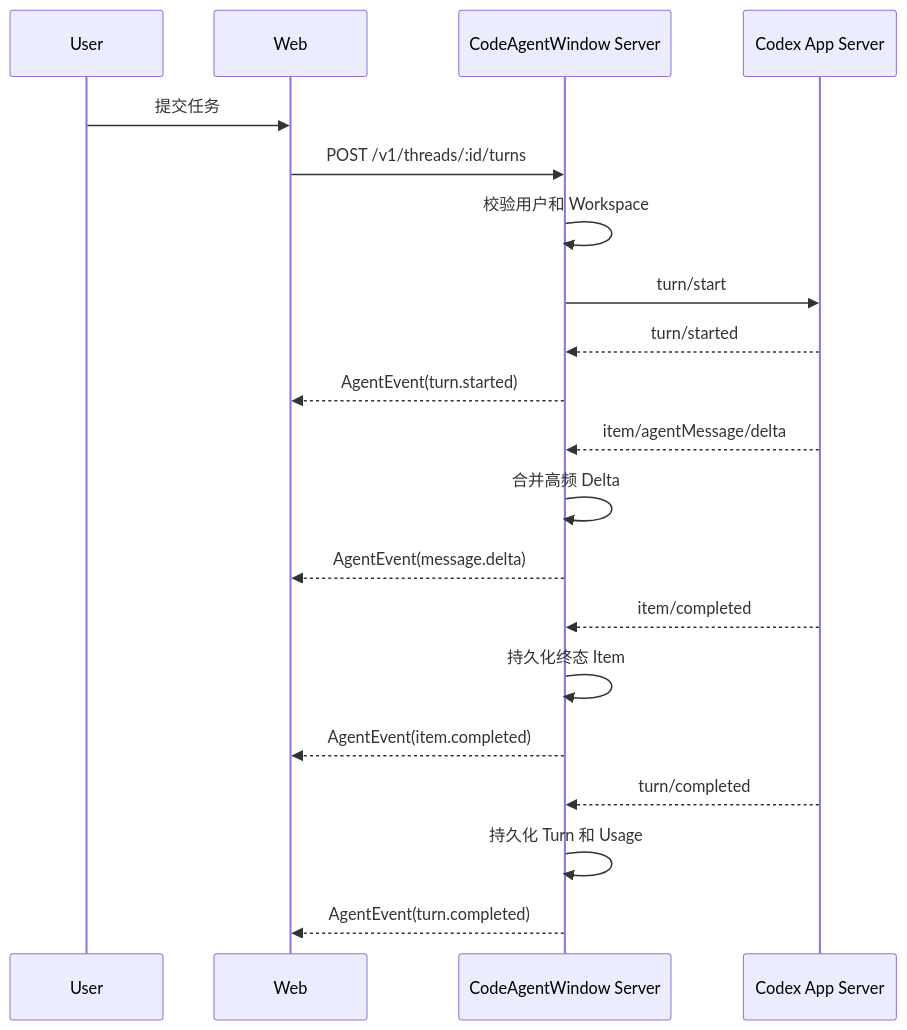
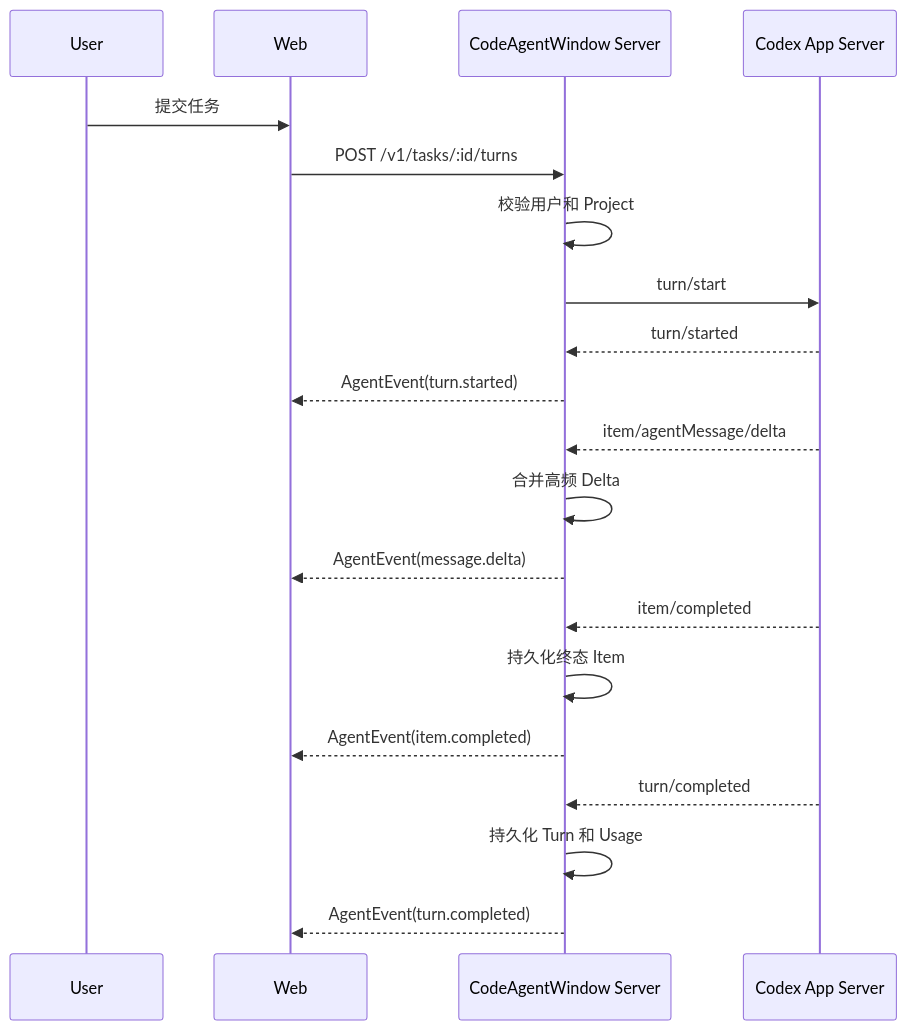
Before and after one commit to BryanHoo/CodeAgent: the second of 2 diagrams in docs/architecture-design.md, drawn with Mermaid. The commit also changed other lines of this file and 39 other files, not shown here.

````diff
--- a/docs/architecture-design.md
+++ b/docs/architecture-design.md
@@ -168,23 +168,23 @@
 ```mermaid
 sequenceDiagram
     participant U as User
     participant W as Web
     participant S as CodeAgentWindow Server
     participant C as Codex App Server
 
     U->>W: 提交任务
-    W->>S: POST /v1/threads/:id/turns
-    S->>S: 校验用户和 Workspace
+    W->>S: POST /v1/tasks/:id/turns
+    S->>S: 校验用户和 Project
     S->>C: turn/start
     C-->>S: turn/started
     S-->>W: AgentEvent(turn.started)
     C-->>S: item/agentMessage/delta
     S->>S: 合并高频 Delta
     S-->>W: AgentEvent(message.delta)
     C-->>S: item/completed
     S->>S: 持久化终态 Item
     S-->>W: AgentEvent(item.completed)
     C-->>S: turn/completed
     S->>S: 持久化 Turn 和 Usage
     S-->>W: AgentEvent(turn.completed)
 ```
````
